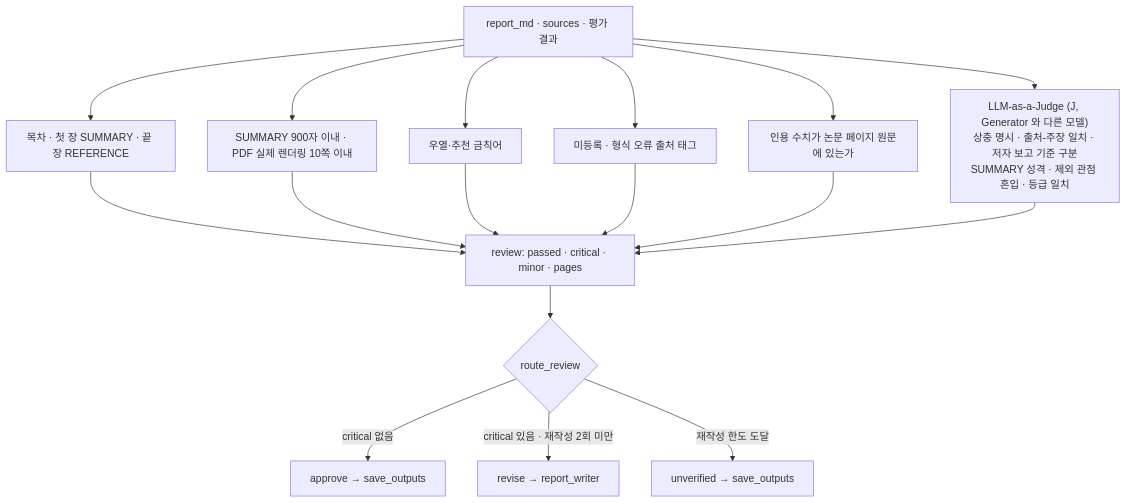
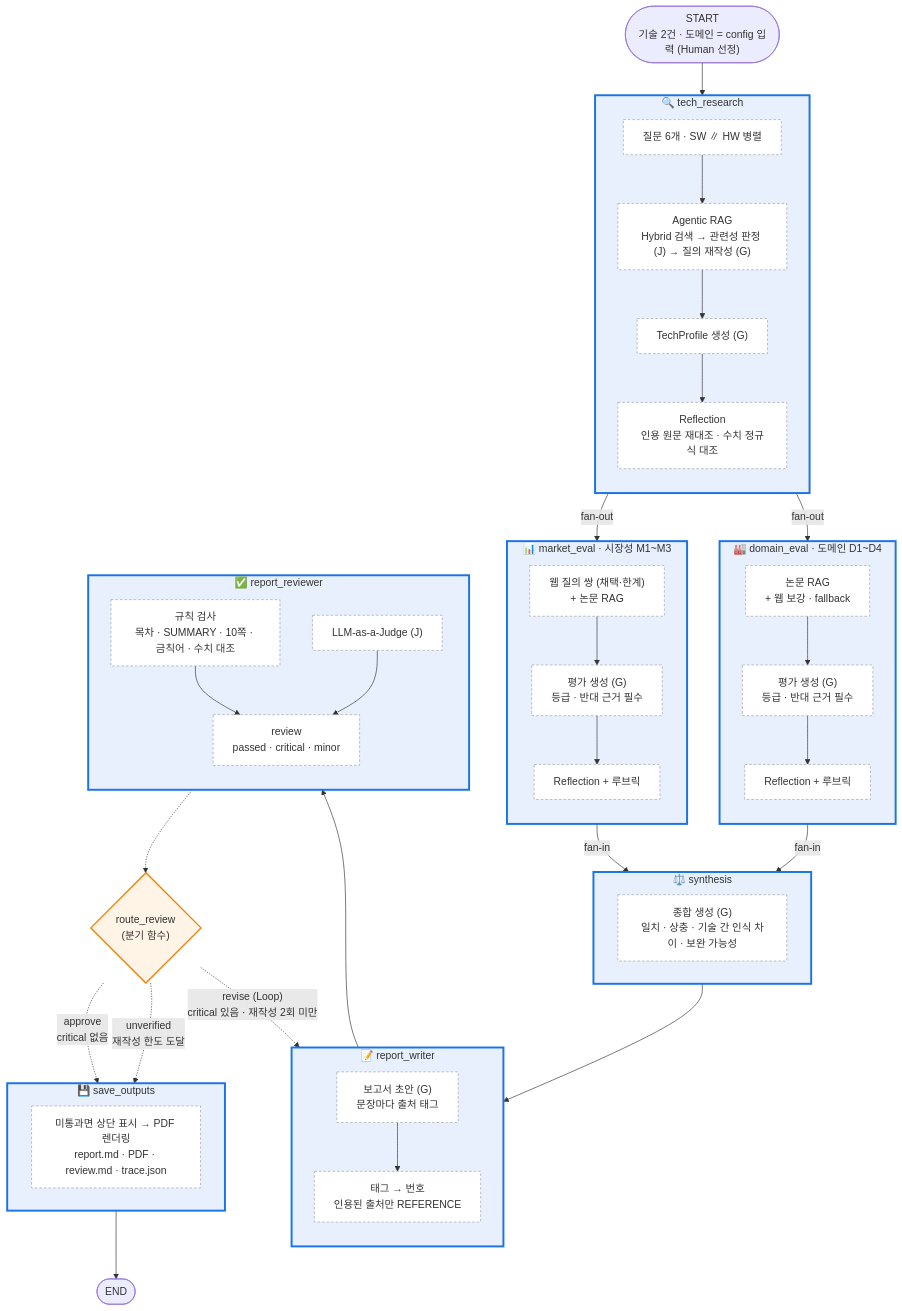
Before and after one commit to HanSangJun01/kv-cache-agentic-rag: the diagram in README.md, drawn with Mermaid. The commit also changed other lines of this file, not shown here.

Commit message:
docs: README Architecture 를 node·edge·conditional edge 가 구분되는 단일 그래프로 정리, RAG 문서 세트 설명 수정

````diff
--- a/README.md
+++ b/README.md
@@ -215,19 +111,66 @@
 ```mermaid
 flowchart TD
-    IN["report_md · sources · 평가 결과"] --> R1["목차 · 첫 장 SUMMARY · 끝 장 REFERENCE"]
-    IN --> R2["SUMMARY 900자 이내 · PDF 실제 렌더링 10쪽 이내"]
-    IN --> R3["우열·추천 금칙어"]
-    IN --> R4["미등록 · 형식 오류 출처 태그"]
-    IN --> R5["인용 수치가 논문 페이지 원문에 있는가"]
-    IN --> JD["LLM-as-a-Judge (J, Generator 와 다른 모델)<br/>상충 명시 · 출처-주장 일치 · 저자 보고 기준 구분<br/>SUMMARY 성격 · 제외 관점 혼입 · 등급 일치"]
-    R1 --> RV["review: passed · critical · minor · pages"]
-    R2 --> RV
-    R3 --> RV
-    R4 --> RV
-    R5 --> RV
-    JD --> RV
-    RV --> BR{"route_review"}
-    BR -- "critical 없음" --> A["approve → save_outputs"]
-    BR -- "critical 있음 · 재작성 2회 미만" --> V["revise → report_writer"]
-    BR -- "재작성 한도 도달" --> U["unverified → save_outputs"]
+    S(["START<br/>기술 2건 · 도메인 = config 입력 (Human 선정)"])
+
+    subgraph TR["🔍 tech_research"]
+        direction TB
+        B1["질문 6개 · SW ∥ HW 병렬"] --> B2["Agentic RAG<br/>Hybrid 검색 → 관련성 판정 (J) → 질의 재작성 (G)"]
+        B2 --> B3["TechProfile 생성 (G)"] --> B4["Reflection<br/>인용 원문 재대조 · 수치 정규식 대조"]
+    end
+
+    subgraph ME["📊 market_eval · 시장성 M1~M3"]
+        direction TB
+        C1["웹 질의 쌍 (채택·한계)<br/>+ 논문 RAG"] --> C2["평가 생성 (G)<br/>등급 · 반대 근거 필수"] --> C3["Reflection + 루브릭"]
+    end
+
+    subgraph DE["🏭 domain_eval · 도메인 D1~D4"]
+        direction TB
+        E1["논문 RAG<br/>+ 웹 보강 · fallback"] --> E2["평가 생성 (G)<br/>등급 · 반대 근거 필수"] --> E3["Reflection + 루브릭"]
+    end
+
+    subgraph SY["⚖️ synthesis"]
+        F1["종합 생성 (G)<br/>일치 · 상충 · 기술 간 인식 차이 · 보완 가능성"]
+    end
+
+    subgraph RW["📝 report_writer"]
+        direction TB
+        G1["보고서 초안 (G)<br/>문장마다 출처 태그"] --> G2["태그 → 번호<br/>인용된 출처만 REFERENCE"]
+    end
+
+    subgraph RR["✅ report_reviewer"]
+        direction TB
+        R1["규칙 검사<br/>목차 · SUMMARY · 10쪽 · 금칙어 · 수치 대조"] --> R3["review<br/>passed · critical · minor"]
+        R2["LLM-as-a-Judge (J)"] --> R3
+    end
+
+    subgraph SO["💾 save_outputs"]
+        X1["미통과면 상단 표시 → PDF 렌더링<br/>report.md · PDF · review.md · trace.json"]
+    end
+
+    RT{"route_review<br/>(분기 함수)"}
+
+    S --> TR
+    TR -- "fan-out" --> ME
+    TR -- "fan-out" --> DE
+    ME -- "fan-in" --> SY
+    DE -- "fan-in" --> SY
+    SY --> RW
+    RW --> RR
+    R3 -.-> RT
+    RT -. "approve<br/>critical 없음" .-> SO
+    RT -. "unverified<br/>재작성 한도 도달" .-> SO
+    SO --> END(["END"])
+    RT -. "revise (Loop)<br/>critical 있음 · 재작성 2회 미만" .-> RW
+
+    classDef step fill:#ffffff,stroke:#9e9e9e,stroke-dasharray:4 3,color:#333333
+    classDef router fill:#fff4e5,stroke:#f57c00,stroke-width:2px,color:#333333
+    class B1,B2,B3,B4,C1,C2,C3,E1,E2,E3,F1,G1,G2,R1,R2,R3,X1 step
+    class RT router
+    style TR fill:#e8f0fe,stroke:#1a73e8,stroke-width:3px
+    style ME fill:#e8f0fe,stroke:#1a73e8,stroke-width:3px
+    style DE fill:#e8f0fe,stroke:#1a73e8,stroke-width:3px
+    style SY fill:#e8f0fe,stroke:#1a73e8,stroke-width:3px
+    style RW fill:#e8f0fe,stroke:#1a73e8,stroke-width:3px
+    style RR fill:#e8f0fe,stroke:#1a73e8,stroke-width:3px
+    style SO fill:#e8f0fe,stroke:#1a73e8,stroke-width:3px
 ```
````
